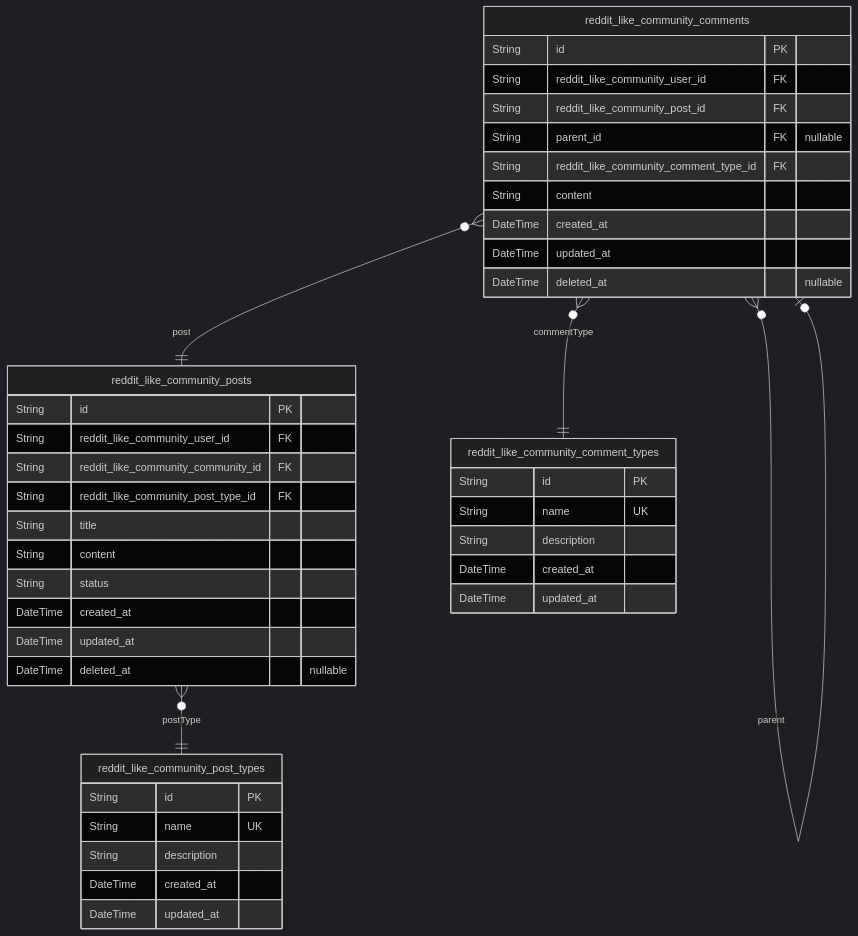
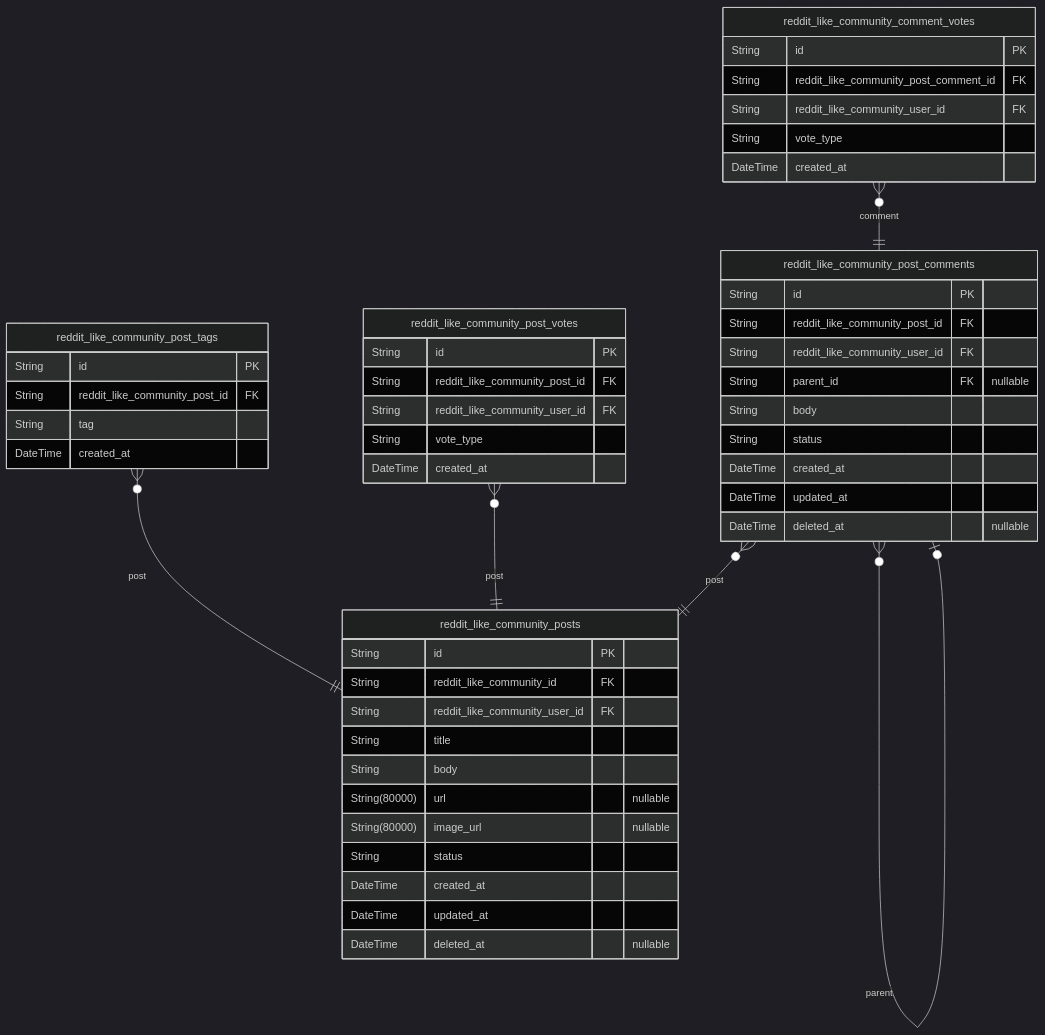
One commit to wrtnlabs/autobe-examples changed the second of 5 diagrams in mistralai/codestral-2508/reddit/docs/ERD.md. Above: the diagram before and after it, drawn with Mermaid (dark theme). The commit also changed other lines of this file and 7173 other files, not shown here.

````diff
--- a/mistralai/codestral-2508/reddit/docs/ERD.md
+++ b/mistralai/codestral-2508/reddit/docs/ERD.md
@@ -401,44 +95,52 @@
 ```mermaid
 erDiagram
 "reddit_like_community_posts" {
   String id PK
+  String reddit_like_community_id FK
   String reddit_like_community_user_id FK
-  String reddit_like_community_community_id FK
-  String reddit_like_community_post_type_id FK
   String title
-  String content
+  String body
+  String(80000) url "nullable"
+  String(80000) image_url "nullable"
   String status
   DateTime created_at
   DateTime updated_at
   DateTime deleted_at "nullable"
 }
-"reddit_like_community_comments" {
+"reddit_like_community_post_tags" {
   String id PK
+  String reddit_like_community_post_id FK
+  String tag
+  DateTime created_at
+}
+"reddit_like_community_post_votes" {
+  String id PK
+  String reddit_like_community_post_id FK
   String reddit_like_community_user_id FK
+  String vote_type
+  DateTime created_at
+}
+"reddit_like_community_post_comments" {
+  String id PK
   String reddit_like_community_post_id FK
+  String reddit_like_community_user_id FK
   String parent_id FK "nullable"
-  String reddit_like_community_comment_type_id FK
-  String content
+  String body
+  String status
   DateTime created_at
   DateTime updated_at
   DateTime deleted_at "nullable"
 }
-"reddit_like_community_post_types" {
+"reddit_like_community_comment_votes" {
   String id PK
-  String name UK
-  String description
+  String reddit_like_community_post_comment_id FK
+  String reddit_like_community_user_id FK
+  String vote_type
   DateTime created_at
-  DateTime updated_at
 }
-"reddit_like_community_comment_types" {
-  String id PK
-  String name UK
-  String description
-  DateTime created_at
-  DateTime updated_at
-}
-"reddit_like_community_posts" }o--|| "reddit_like_community_post_types" : postType
-"reddit_like_community_comments" }o--|| "reddit_like_community_posts" : post
-"reddit_like_community_comments" }o--o| "reddit_like_community_comments" : parent
-"reddit_like_community_comments" }o--|| "reddit_like_community_comment_types" : commentType
+"reddit_like_community_post_tags" }o--|| "reddit_like_community_posts" : post
+"reddit_like_community_post_votes" }o--|| "reddit_like_community_posts" : post
+"reddit_like_community_post_comments" }o--|| "reddit_like_community_posts" : post
+"reddit_like_community_post_comments" }o--o| "reddit_like_community_post_comments" : parent
+"reddit_like_community_comment_votes" }o--|| "reddit_like_community_post_comments" : comment
 ```
````
